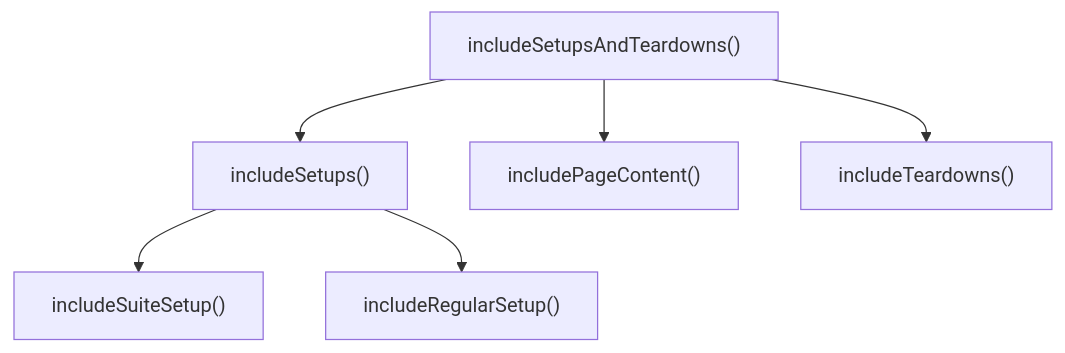
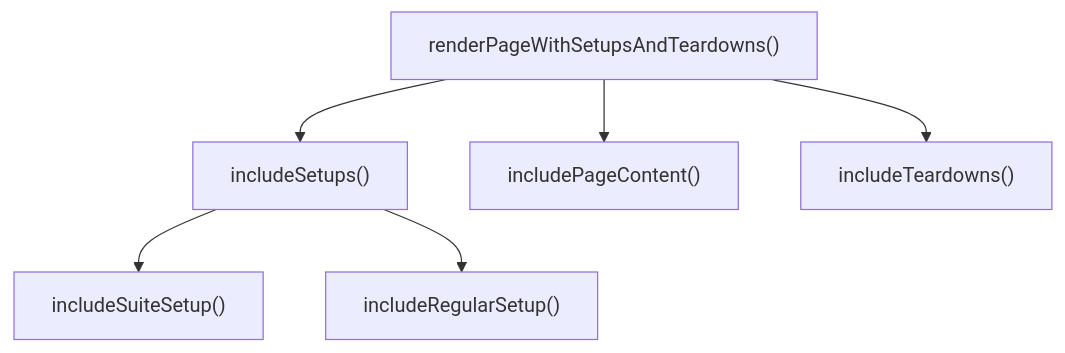
The first of 2 diagrams in _cleancode/ch03-functions.md (pmagnomuller/pmagnomuller.github.io), drawn with Mermaid before and after one commit. The commit also changed other lines of this file and 28 other files, not shown here.

````diff
--- a/_cleancode/ch03-functions.md
+++ b/_cleancode/ch03-functions.md
@@ -22,8 +48,8 @@
 ```mermaid
 flowchart TD
-  Top["includeSetupsAndTeardowns()"] --> A["includeSetups()"]
+  Top["renderPageWithSetupsAndTeardowns()"] --> A["includeSetups()"]
   Top --> B["includePageContent()"]
   Top --> C["includeTeardowns()"]
   A --> A1["includeSuiteSetup()"]
   A --> A2["includeRegularSetup()"]
 ```
````
